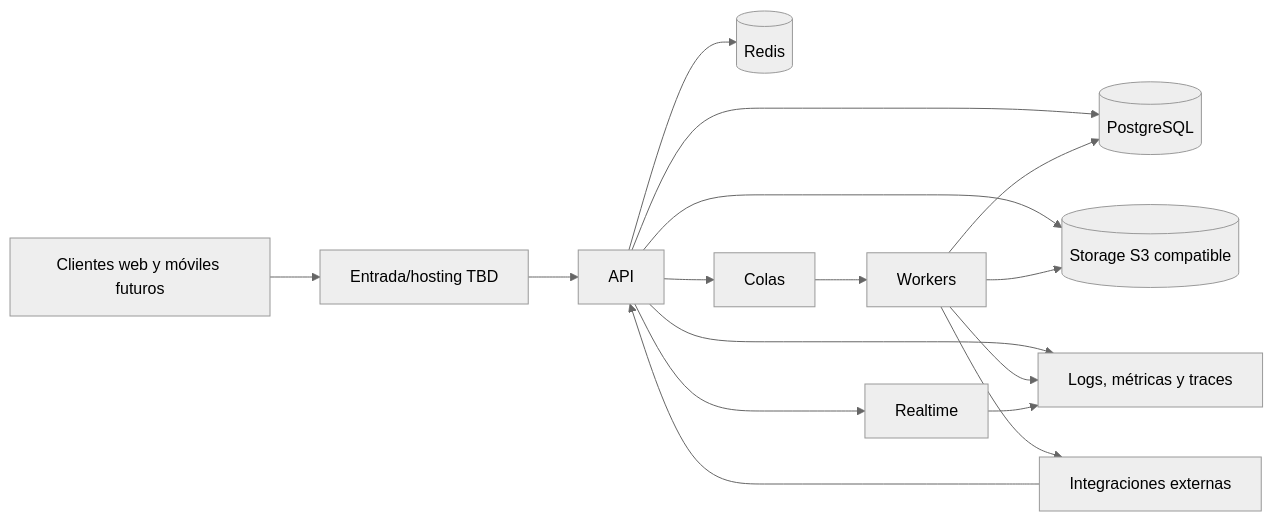
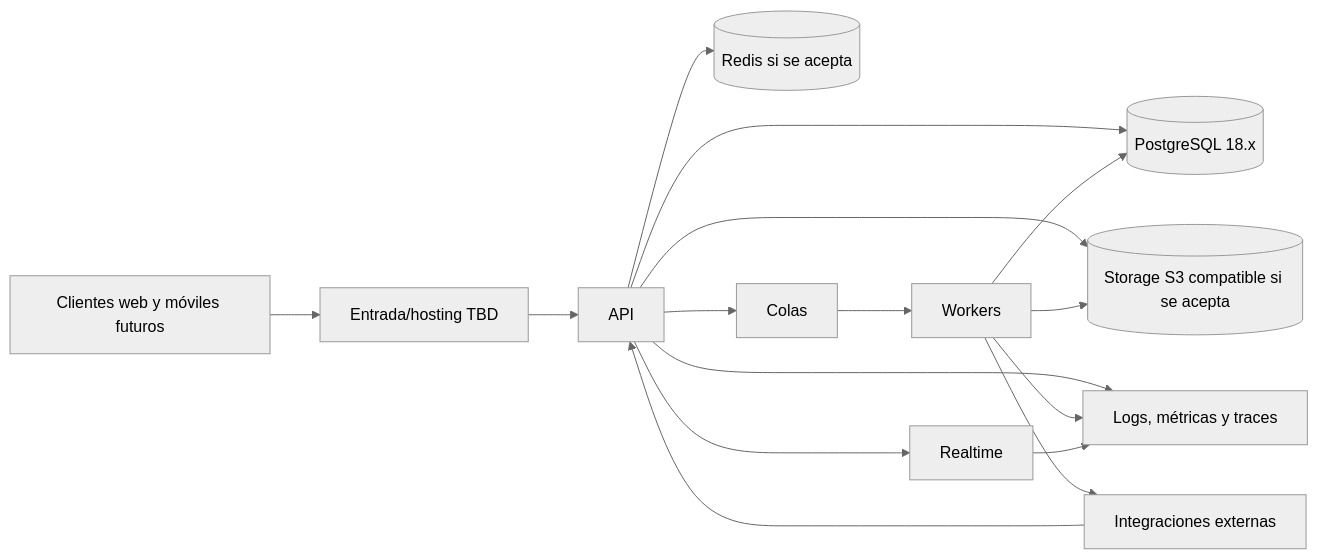
One commit to luisgtzaviles/SrTaller-2.0 changed the diagram in docs/operations/OPERATIONS_OVERVIEW.md. Above: the diagram before and after it, drawn with Mermaid (neutral theme). The commit also changed other lines of this file and 54 other files, not shown here.

Commit message:
docs: accept PostgreSQL persistence baseline

````diff
--- a/docs/operations/OPERATIONS_OVERVIEW.md
+++ b/docs/operations/OPERATIONS_OVERVIEW.md
@@ -28,18 +28,18 @@
 ```mermaid
 flowchart LR
     U[Clientes web y móviles futuros] --> WAF[Entrada/hosting TBD]
     WAF --> API[API]
-    API --> DB[(PostgreSQL)]
-    API --> R[(Redis)]
-    API --> S[(Storage S3 compatible)]
+    API --> DB[(PostgreSQL 18.x)]
+    API --> R[(Redis si se acepta)]
+    API --> S[(Storage S3 compatible si se acepta)]
     API --> RT[Realtime]
     API --> Q[Colas]
     Q --> WK[Workers]
     WK --> DB
     WK --> S
     WK --> X[Integraciones externas]
     X --> API
     API --> O[Logs, métricas y traces]
     WK --> O
     RT --> O
 ```
````
